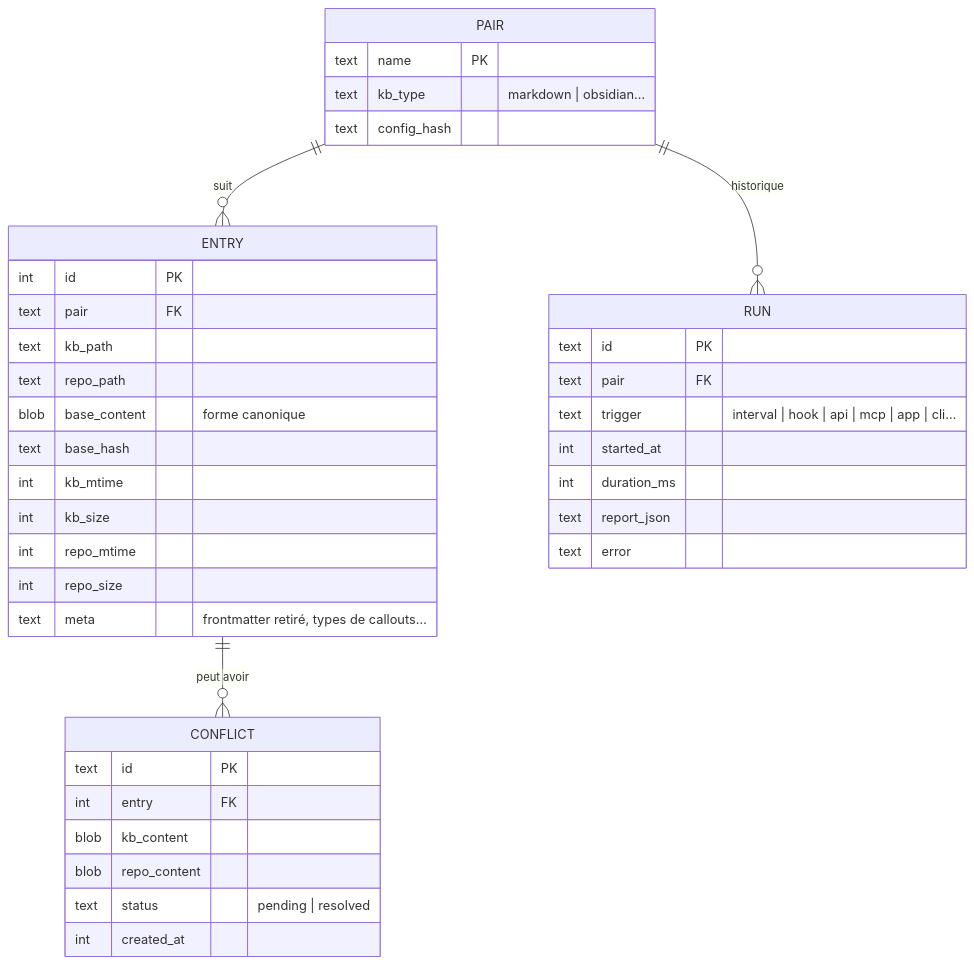
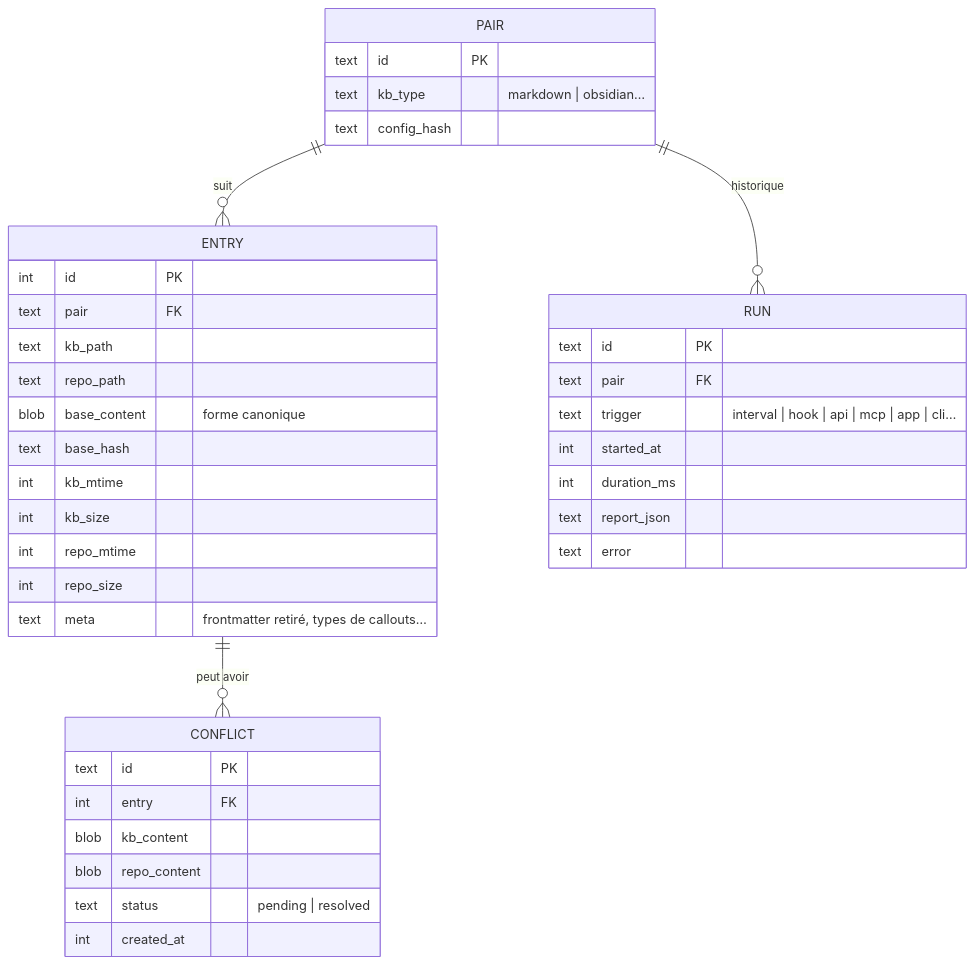
The third of 3 diagrams in documentation/fr/06-configuration.md (studoo-app/markoo), drawn with Mermaid before and after one commit. The commit also changed other lines of this file and 48 other files, not shown here.

````diff
--- a/documentation/fr/06-configuration.md
+++ b/documentation/fr/06-configuration.md
@@ -198,42 +240,42 @@
 ```mermaid
 erDiagram
     PAIR ||--o{ ENTRY : suit
     ENTRY ||--o{ CONFLICT : "peut avoir"
     PAIR ||--o{ RUN : "historique"
 
     PAIR {
-        text name PK
+        text id PK
         text kb_type "markdown | obsidian…"
         text config_hash
     }
     ENTRY {
         int id PK
         text pair FK
         text kb_path
         text repo_path
         blob base_content "forme canonique"
         text base_hash
         int kb_mtime
         int kb_size
         int repo_mtime
         int repo_size
         text meta "frontmatter retiré, types de callouts…"
     }
     CONFLICT {
         text id PK
         int entry FK
         blob kb_content
         blob repo_content
         text status "pending | resolved"
         int created_at
     }
     RUN {
         text id PK
         text pair FK
         text trigger "interval | hook | api | mcp | app | cli…"
         int started_at
         int duration_ms
         text report_json
         text error
     }
 ```
````
